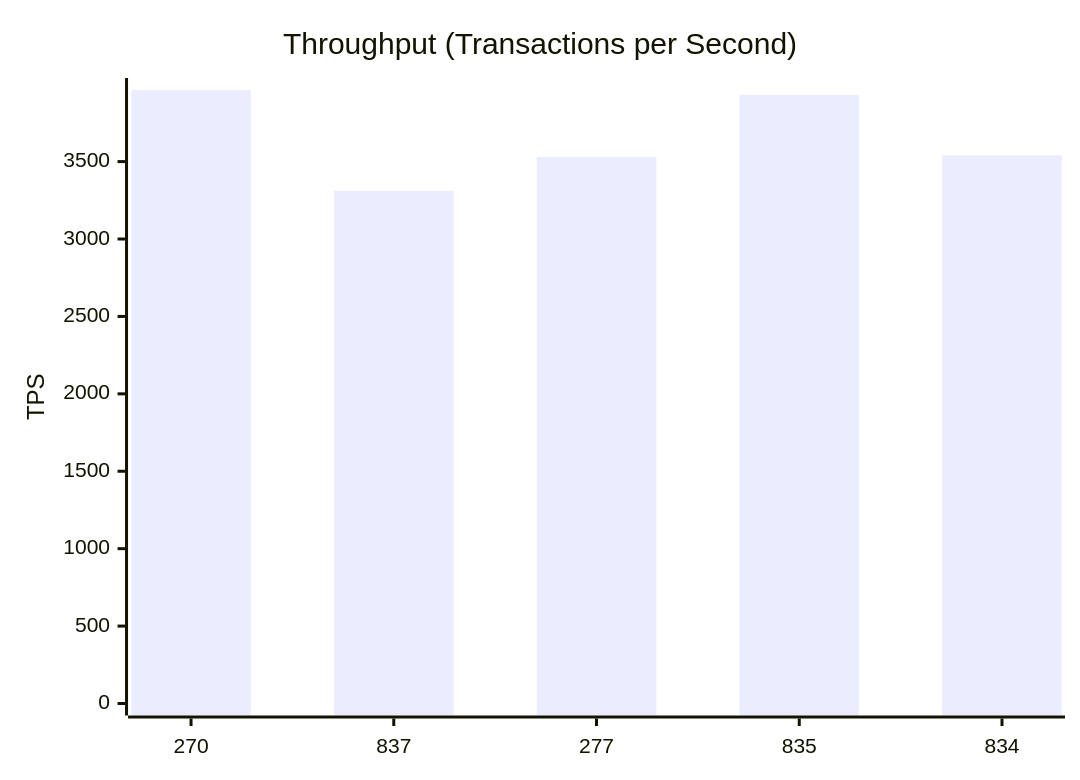
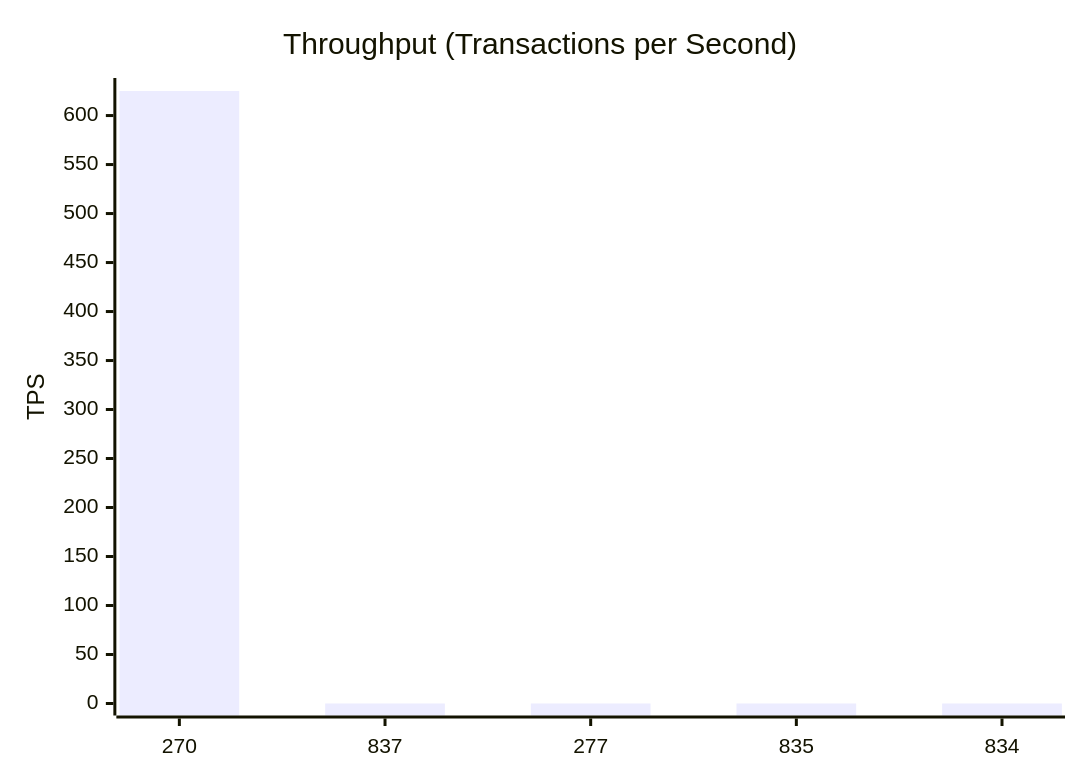
Before and after one commit to dhagan-va/intern-2025: the third of 11 diagrams in test-tools/DataGen/src/Statistics_Visualizer.md, drawn with Mermaid. The commit also changed other lines of this file and 1 other file, not shown here.

````diff
--- a/test-tools/DataGen/src/Statistics_Visualizer.md
+++ b/test-tools/DataGen/src/Statistics_Visualizer.md
@@ -40,7 +40,7 @@
 ```mermaid
 xychart-beta
     title "Throughput (Transactions per Second)"
     x-axis ["270", "837", "277", "835", "834"]
-    y-axis "TPS" 0 --> 3962.4299153339607
-    bar [3961.4299153339607, 3311.4249271423605, 3529.759874065276, 3931.8357312458156, 3541.634601879396]
+    y-axis "TPS" 0 --> 626.0781347668459
+    bar [625.0781347668459, 0.0, 0.0, 0.0, 0.0]
 ```
````
